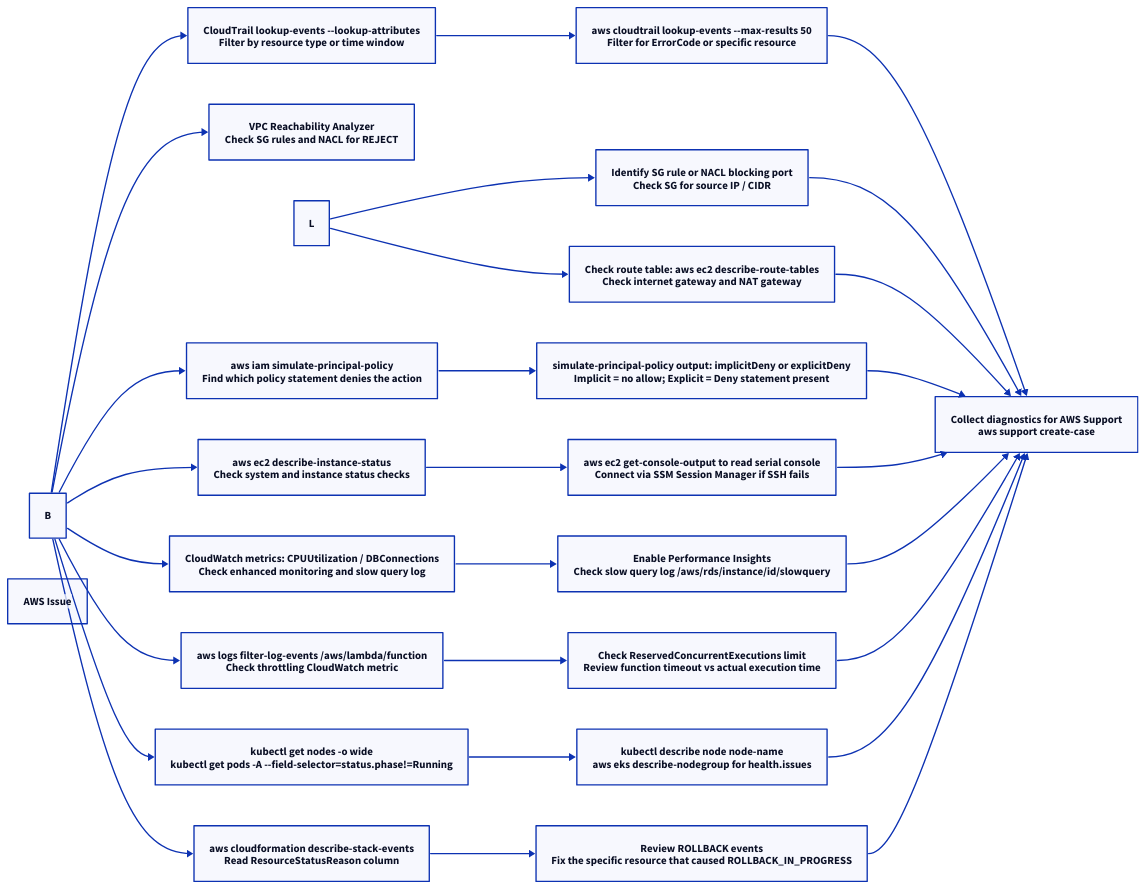
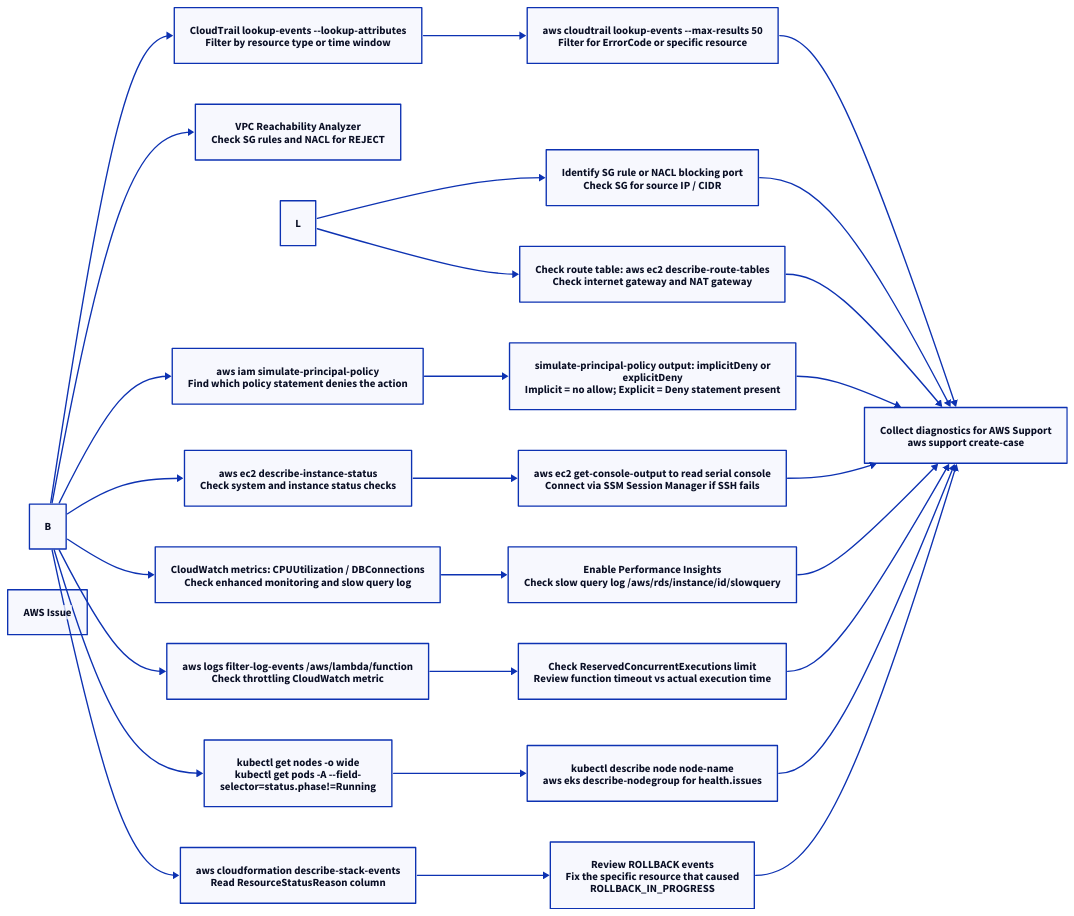
One commit to canast01/chris-kb changed the first of 2 diagrams in docs/cloud/aws/troubleshooting/diagnostics/index.md. Above: the diagram before and after it, drawn with D2. The commit also changed other lines of this file and 192 other files, not shown here.

````diff
--- a/docs/cloud/aws/troubleshooting/diagnostics/index.md
+++ b/docs/cloud/aws/troubleshooting/diagnostics/index.md
@@ -16,52 +16,52 @@
 ```d2
 direction: right
 
 B: "B" {shape: rectangle}
 C: "CloudTrail lookup-events --lookup-attributes\nFilter by resource type or time window" {shape: rectangle}
 D: "VPC Reachability Analyzer\nCheck SG rules and NACL for REJECT" {shape: rectangle}
 E: "aws iam simulate-principal-policy\nFind which policy statement denies the action" {shape: rectangle}
 F: "aws ec2 describe-instance-status\nCheck system and instance status checks" {shape: rectangle}
 G: "CloudWatch metrics: CPUUtilization / DBConnections\nCheck enhanced monitoring and slow query log" {shape: rectangle}
 H: "aws logs filter-log-events /aws/lambda/function\nCheck throttling CloudWatch metric" {shape: rectangle}
-I: "kubectl get nodes -o wide\nkubectl get pods -A --field-selector=status.phase!=Running" {shape: rectangle}
+I: "kubectl get nodes -o wide\nkubectl get pods -A --field-\nselector=status.phase!=Running" {shape: rectangle}
 J: "aws cloudformation describe-stack-events\nRead ResourceStatusReason column" {shape: rectangle}
 K: "aws cloudtrail lookup-events --max-results 50\nFilter for ErrorCode or specific resource" {shape: rectangle}
 L: "L" {shape: rectangle}
 M: "Identify SG rule or NACL blocking port\nCheck SG for source IP / CIDR" {shape: rectangle}
 N: "Check route table: aws ec2 describe-route-tables\nCheck internet gateway and NAT gateway" {shape: rectangle}
-O: "simulate-principal-policy output: implicitDeny or explicitDeny\nImplicit = no allow; Explicit = Deny statement present" {shape: rectangle}
+O: "simulate-principal-policy output: implicitDeny or\nexplicitDeny\nImplicit = no allow; Explicit = Deny statement present" {shape: rectangle}
 P: "aws ec2 get-console-output to read serial console\nConnect via SSM Session Manager if SSH fails" {shape: rectangle}
 Q: "Enable Performance Insights\nCheck slow query log /aws/rds/instance/id/slowquery" {shape: rectangle}
 R: "Check ReservedConcurrentExecutions limit\nReview function timeout vs actual execution time" {shape: rectangle}
 S: "kubectl describe node node-name\naws eks describe-nodegroup for health.issues" {shape: rectangle}
-T: "Review ROLLBACK events\nFix the specific resource that caused ROLLBACK_IN_PROGRESS" {shape: rectangle}
+T: "Review ROLLBACK events\nFix the specific resource that caused\nROLLBACK_IN_PROGRESS" {shape: rectangle}
 U: "Collect diagnostics for AWS Support\naws support create-case" {shape: rectangle}
 A: "AWS Issue" {shape: rectangle}
 
 B -> C
 B -> D
 B -> E
 B -> F
 B -> G
 B -> H
 B -> I
 B -> J
 C -> K
 L -> M
 L -> N
 E -> O
 F -> P
 G -> Q
 H -> R
 I -> S
 J -> T
 K -> U
 M -> U
 N -> U
 O -> U
 P -> U
 Q -> U
 R -> U
 S -> U
 T -> U
 ```
````
